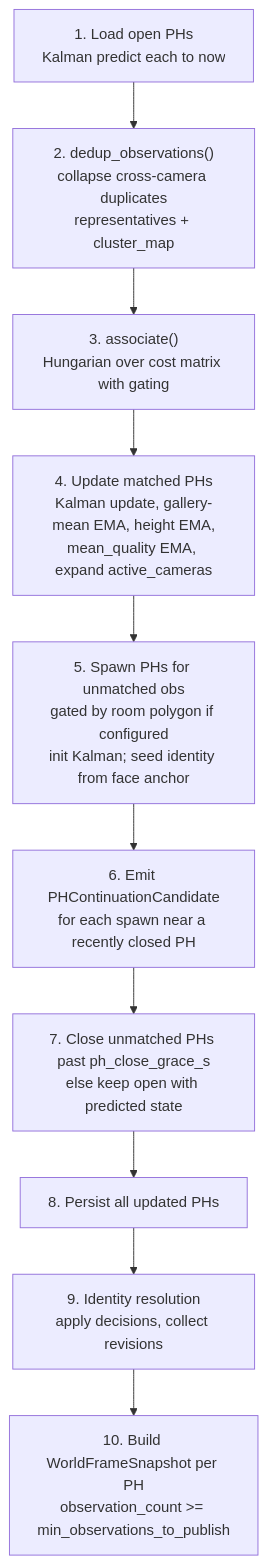
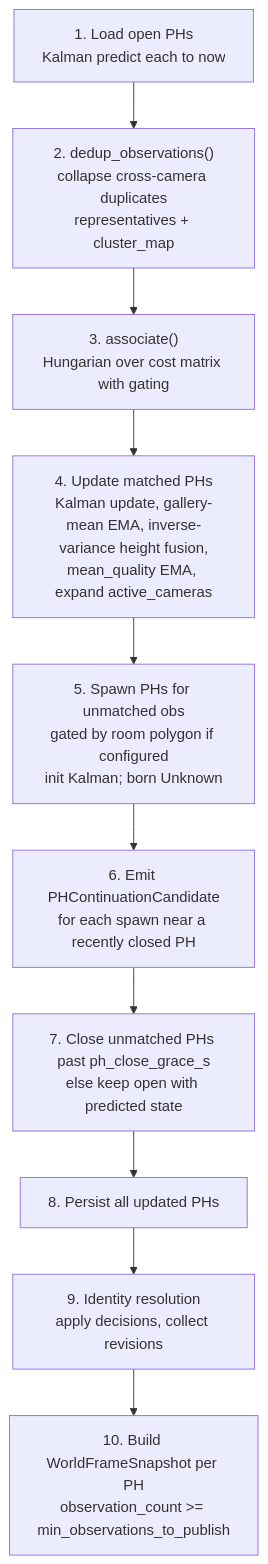
One commit to SilverMind-Project/SilverMind-Project.github.io changed the second of 2 diagrams in docs/features/continuous-tracking/frame-pipeline.md. Above: the diagram before and after it, drawn with Mermaid. The commit also changed other lines of this file and 2 other files, not shown here.

Commit message:
docs(cts): document single-view standing height metrology, stage, and resolver channel

````diff
--- a/docs/features/continuous-tracking/frame-pipeline.md
+++ b/docs/features/continuous-tracking/frame-pipeline.md
@@ -111,13 +117,13 @@
 ```mermaid
 flowchart TD
   s1["1. Load open PHs\nKalman predict each to now"] --> s2
   s2["2. dedup_observations()\ncollapse cross-camera duplicates\nrepresentatives + cluster_map"] --> s3
   s3["3. associate()\nHungarian over cost matrix with gating"] --> s4
-  s4["4. Update matched PHs\nKalman update, gallery-mean EMA, height EMA,\nmean_quality EMA, expand active_cameras"] --> s5
-  s5["5. Spawn PHs for unmatched obs\ngated by room polygon if configured\ninit Kalman; seed identity from face anchor"] --> s6
+  s4["4. Update matched PHs\nKalman update, gallery-mean EMA, inverse-variance height fusion,\nmean_quality EMA, expand active_cameras"] --> s5
+  s5["5. Spawn PHs for unmatched obs\ngated by room polygon if configured\ninit Kalman; born Unknown"] --> s6
   s6["6. Emit PHContinuationCandidate\nfor each spawn near a recently closed PH"] --> s7
   s7["7. Close unmatched PHs past ph_close_grace_s\nelse keep open with predicted state"] --> s8
   s8["8. Persist all updated PHs"] --> s9
   s9["9. Identity resolution\napply decisions, collect revisions"] --> s10
   s10["10. Build WorldFrameSnapshot per PH\nobservation_count >= min_observations_to_publish"]
 ```
````
